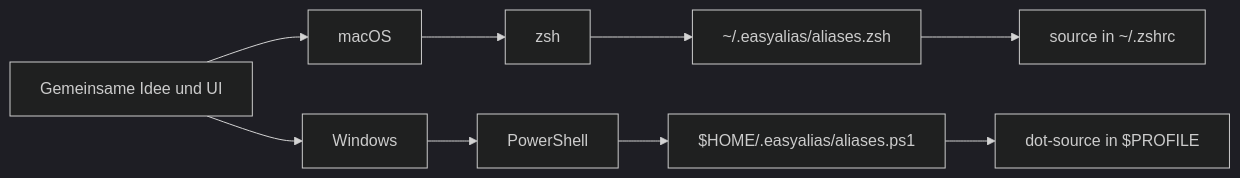
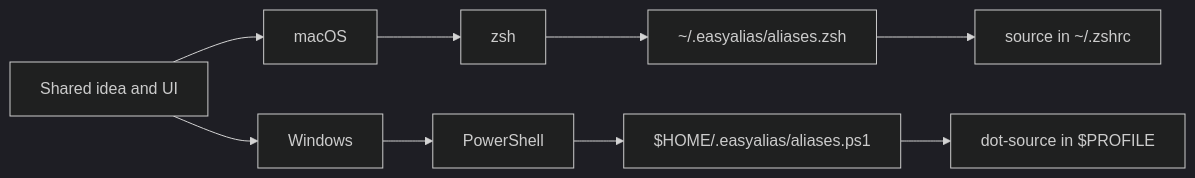
One commit to hannesgnann-hub/easyalias changed the third of 4 diagrams in README.md. Above: the diagram before and after it, drawn with Mermaid (dark theme). The commit also changed other lines of this file and 2 other files, not shown here.

````diff
--- a/README.md
+++ b/README.md
@@ -110,14 +110,14 @@
 ```mermaid
 flowchart LR
-  Shared["Gemeinsame Idee und UI"]
+  Shared["Shared idea and UI"]
   Shared --> Mac["macOS"]
   Shared --> Win["Windows"]
 
   Mac --> Zsh["zsh"]
   Zsh --> ZshFile["~/.easyalias/aliases.zsh"]
   ZshFile --> Zshrc["source in ~/.zshrc"]
 
   Win --> PowerShell["PowerShell"]
   PowerShell --> PsFile["$HOME/.easyalias/aliases.ps1"]
   PsFile --> Profile["dot-source in $PROFILE"]
 ```
````
